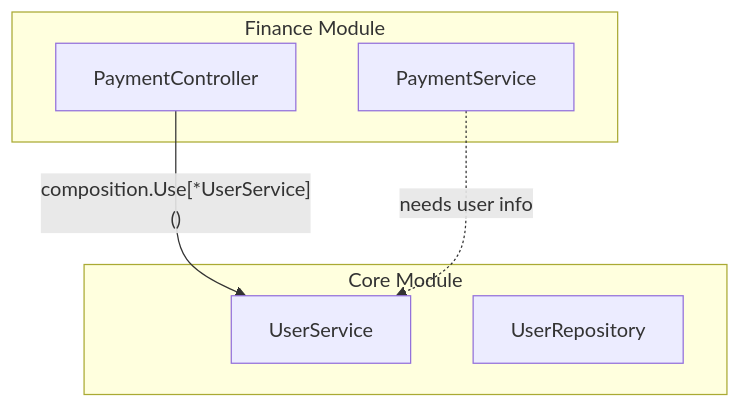
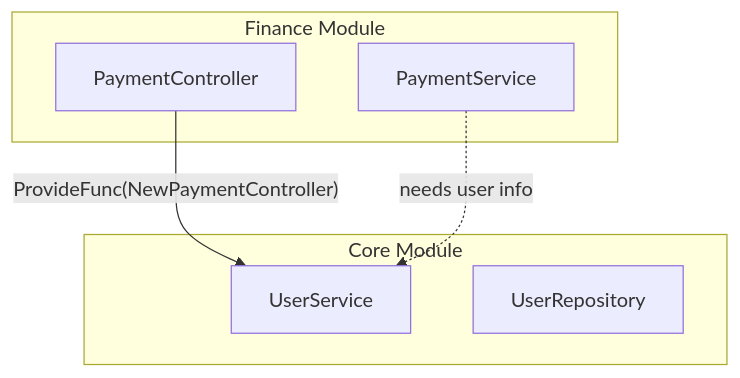
One commit to iota-uz/iota-sdk changed the tenth of 13 diagrams in docs/content/architecture/module-system.mdx. Above: the diagram before and after it, drawn with Mermaid. The commit also changed other lines of this file and 37 other files, not shown here.

````diff
--- a/docs/content/architecture/module-system.mdx
+++ b/docs/content/architecture/module-system.mdx
@@ -241,15 +250,15 @@
 ```mermaid
 graph TB
     subgraph "Finance Module"
         A[PaymentService]
         B[PaymentController]
     end
     
     subgraph "Core Module"
         C[UserService]
         D[UserRepository]
     end
     
-    B -->|"composition.Use[*UserService]()"| C
+    B -->|"ProvideFunc(NewPaymentController)"| C
     A -.->|"needs user info"| C
 ```
````
